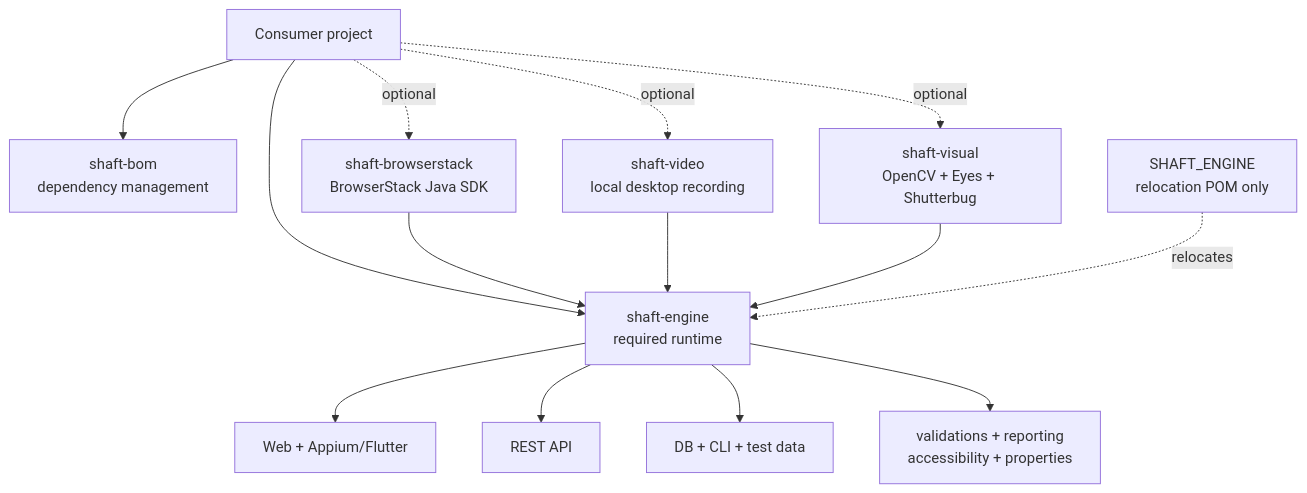
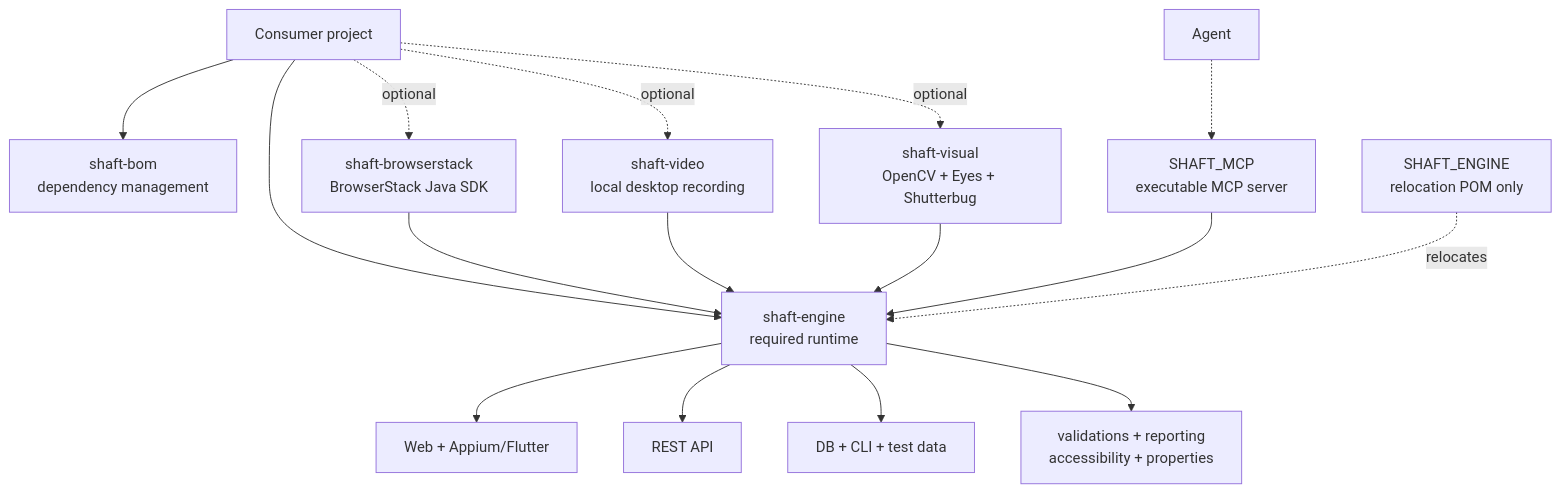
One commit to ShaftHQ/SHAFT_ENGINE changed the first of 2 diagrams in docs/ARCHITECTURE.md. Above: the diagram before and after it, drawn with Mermaid. The commit also changed other lines of this file and 73 other files, not shown here.

First line of the commit message:
[codex] Integrate shaft-mcp into reactor and release lifecycle (#2862)

````diff
--- a/docs/ARCHITECTURE.md
+++ b/docs/ARCHITECTURE.md
@@ -13,19 +13,21 @@
 ```mermaid
 flowchart TB
     Consumer["Consumer project"] --> BOM["shaft-bom<br/>dependency management"]
     Consumer --> Engine["shaft-engine<br/>required runtime"]
     Consumer -.->|optional| BrowserStack["shaft-browserstack<br/>BrowserStack Java SDK"]
     Consumer -.->|optional| Video["shaft-video<br/>local desktop recording"]
     Consumer -.->|optional| Visual["shaft-visual<br/>OpenCV + Eyes + Shutterbug"]
+    Agent -.-> MCP["SHAFT_MCP<br/>executable MCP server"]
 
     BrowserStack --> Engine
     Video --> Engine
     Visual --> Engine
+    MCP --> Engine
 
     Legacy["SHAFT_ENGINE<br/>relocation POM only"] -.->|relocates| Engine
 
     Engine --> GUI["Web + Appium/Flutter"]
     Engine --> API["REST API"]
     Engine --> Data["DB + CLI + test data"]
     Engine --> Support["validations + reporting<br/>accessibility + properties"]
 ```
````
